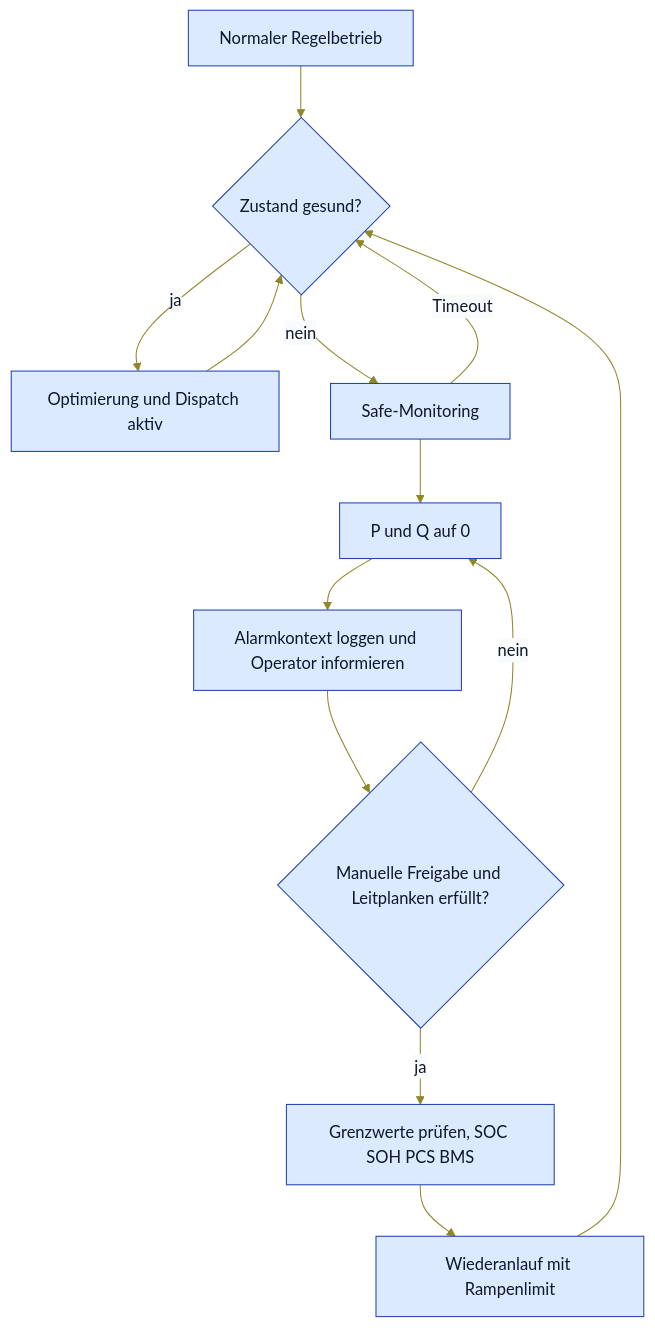
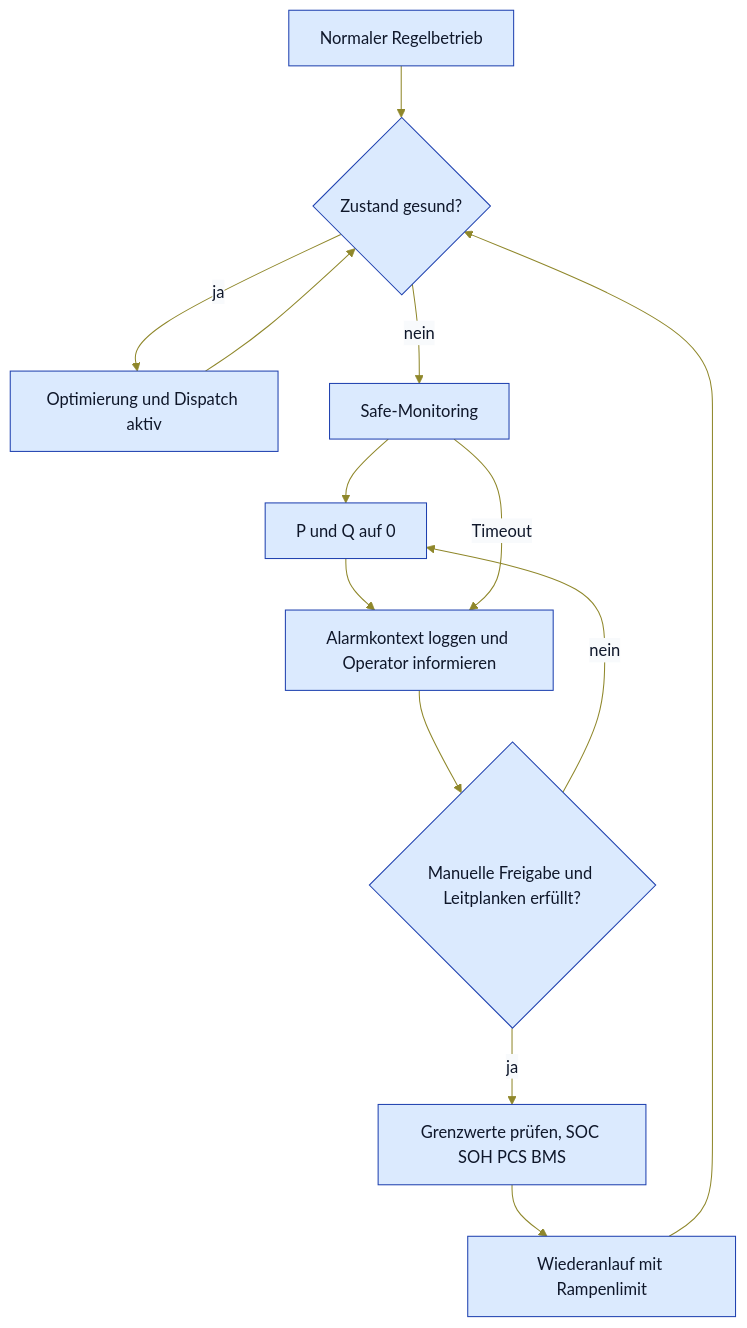
One commit to pt9912/bess-ems changed the sixth of 6 diagrams in docs/user/bess-ems-function.md. Above: the diagram before and after it, drawn with Mermaid. The commit also changed other lines of this file, not shown here.

````diff
--- a/docs/user/bess-ems-function.md
+++ b/docs/user/bess-ems-function.md
@@ -224,16 +315,16 @@
 ```mermaid
 %%{init: {'theme':'base','themeVariables':{'background':'#f8fafc','primaryColor':'#dbeafe','primaryTextColor':'#0f172a','primaryBorderColor':'#1e40af','lineColor':'#8f872a','secondaryColor':'#fef3c7','tertiaryColor':'#dcfce7','noteBkgColor':'#fef3c7','noteTextColor':'#0f172a','noteBorderColor':'#a16207','actorBkg':'#dbeafe','actorBorder':'#1e40af','actorTextColor':'#0f172a','actorLineColor':'#475569','signalColor':'#0f172a','signalTextColor':'#0f172a','sequenceNumberColor':'#ffffff','labelTextColor':'#0f172a','loopTextColor':'#0f172a','edgeLabelBackground':'#f8fafc'}}}%%
 flowchart TD
   A[Normaler Regelbetrieb] --> B{Zustand gesund?}
   B -- ja --> C[Optimierung und Dispatch aktiv]
   C --> B
   B -- nein --> D[Safe-Monitoring]
   D --> E[P und Q auf 0]
   E --> F[Alarmkontext loggen und Operator informieren]
   F --> G{Manuelle Freigabe und Leitplanken erfüllt?}
   G -- ja --> H[Grenzwerte prüfen, SOC SOH PCS BMS]
   H --> I[Wiederanlauf mit Rampenlimit]
   I --> B
   G -- nein --> E
-  D -->|Timeout| B
+  D -->|Timeout| F
 ```
````
